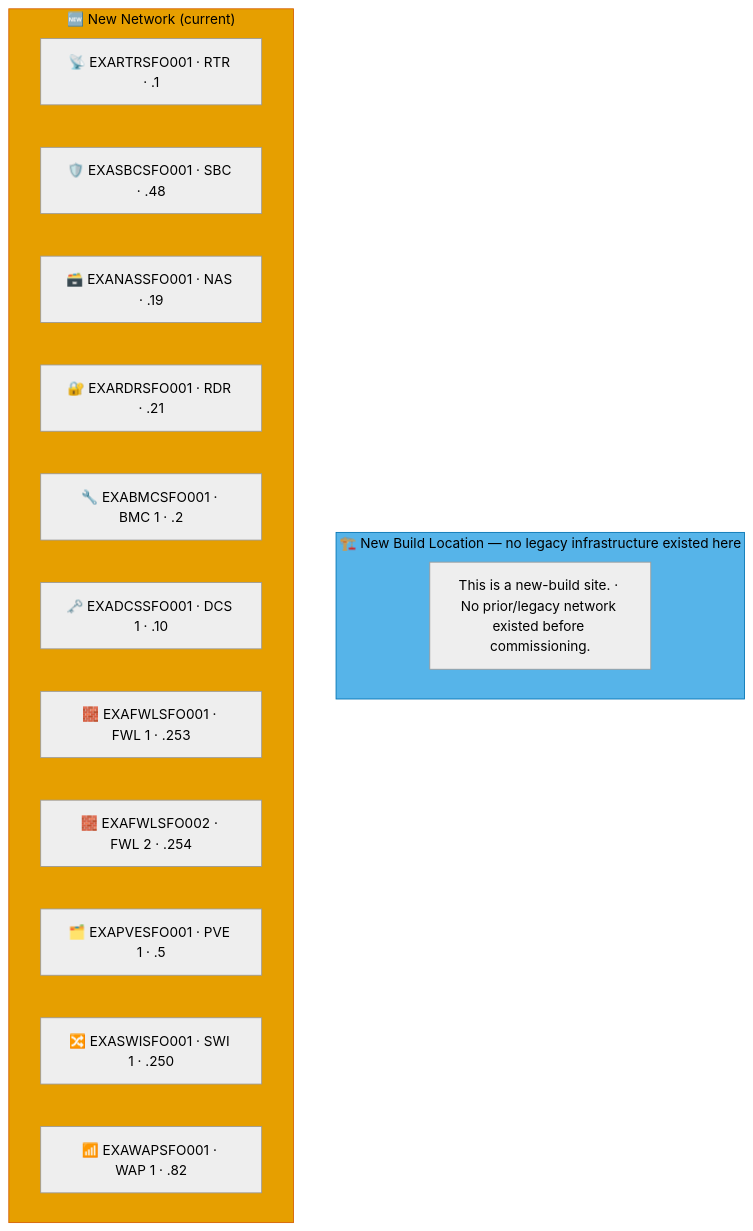
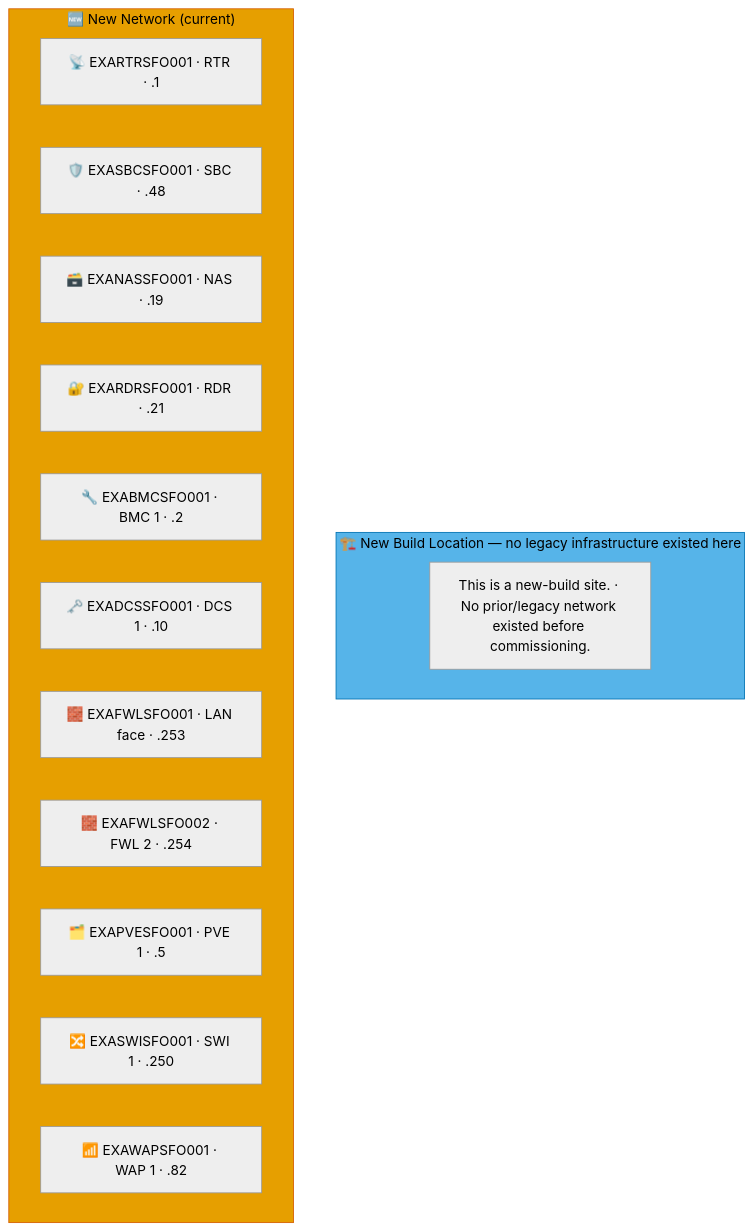
The eighth of 8 diagrams in docs/network-diagram/united-states.md (knightmare2600/example_music_infra), drawn with Mermaid (neutral theme) before and after one commit. The commit also changed other lines of this file and 17 other files, not shown here.

````diff
--- a/docs/network-diagram/united-states.md
+++ b/docs/network-diagram/united-states.md
@@ -386,23 +386,23 @@
 ```mermaid
 graph TD
     subgraph OLD_SFO ["🏗️ New Build Location — no legacy infrastructure existed here"]
       N_OLD_NOTE["This is a new-build site. · No prior/legacy network existed before commissioning."]
     end
     style OLD_SFO fill:#56B4E9,stroke:#0072B2,color:#000000
     %% GENERATED:NEW-NETWORK:SFO:START
     subgraph NEW_SFO ["🆕 New Network (current)"]
       N_RTR["📡 EXARTRSFO001 · RTR · .1"]
       N_SBC["🛡️ EXASBCSFO001 · SBC · .48"]
       N_NAS["🗃️ EXANASSFO001 · NAS · .19"]
       N_RDR["🔐 EXARDRSFO001 · RDR · .21"]
       N_BMC["🔧 EXABMCSFO001 · BMC 1 · .2"]
       N_DCS["🗝️ EXADCSSFO001 · DCS 1 · .10"]
-      N_FWL["🧱 EXAFWLSFO001 · FWL 1 · .253"]
+      N_FWL["🧱 EXAFWLSFO001 · LAN face · .253"]
       N_FWL2["🧱 EXAFWLSFO002 · FWL 2 · .254"]
       N_PVE["🗂️ EXAPVESFO001 · PVE 1 · .5"]
       N_SWI["🔀 EXASWISFO001 · SWI 1 · .250"]
       N_WAP["📶 EXAWAPSFO001 · WAP 1 · .82"]
     end
     style NEW_SFO fill:#E69F00,stroke:#D55E00,color:#000000
     %% GENERATED:NEW-NETWORK:SFO:END
 ```
````
